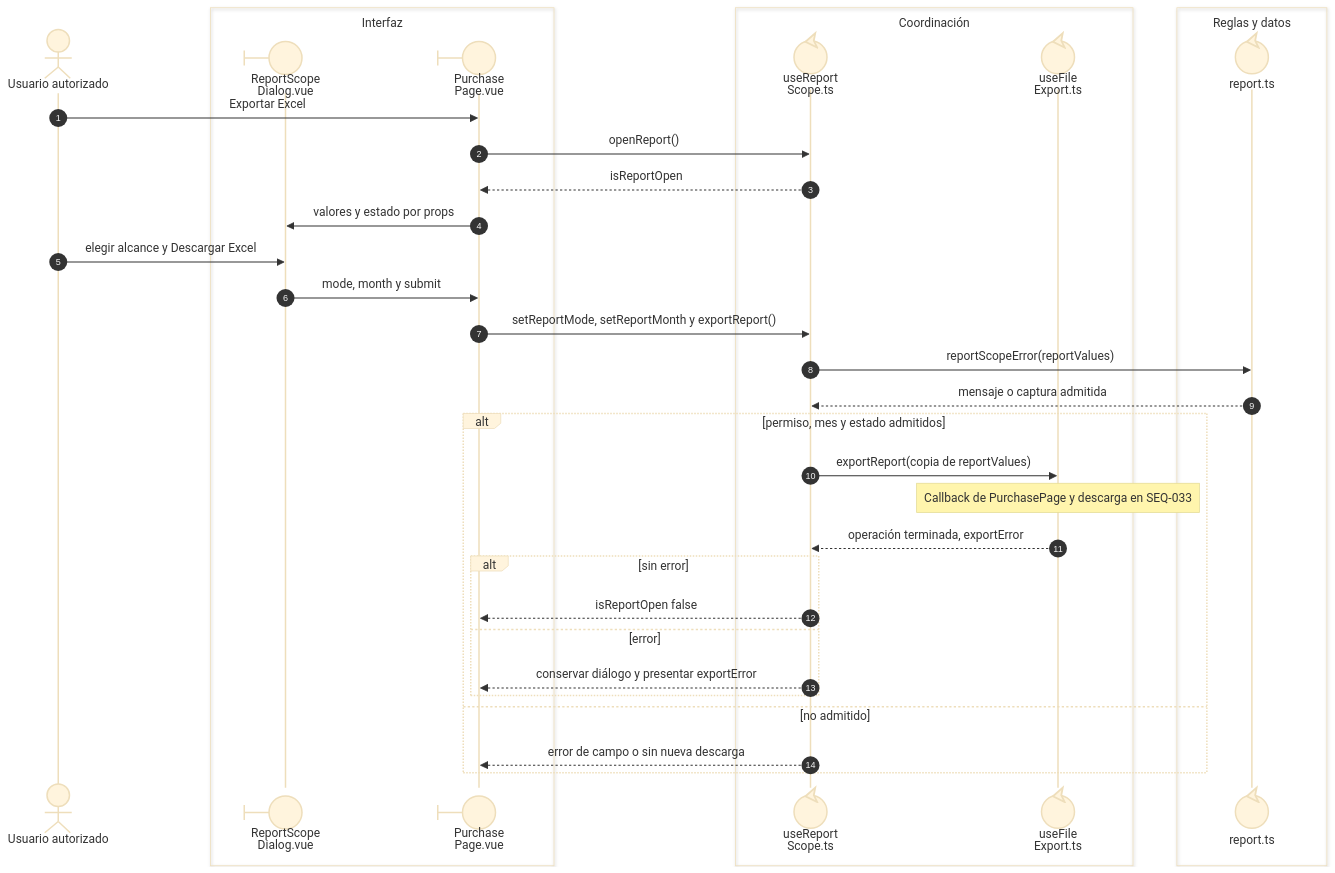
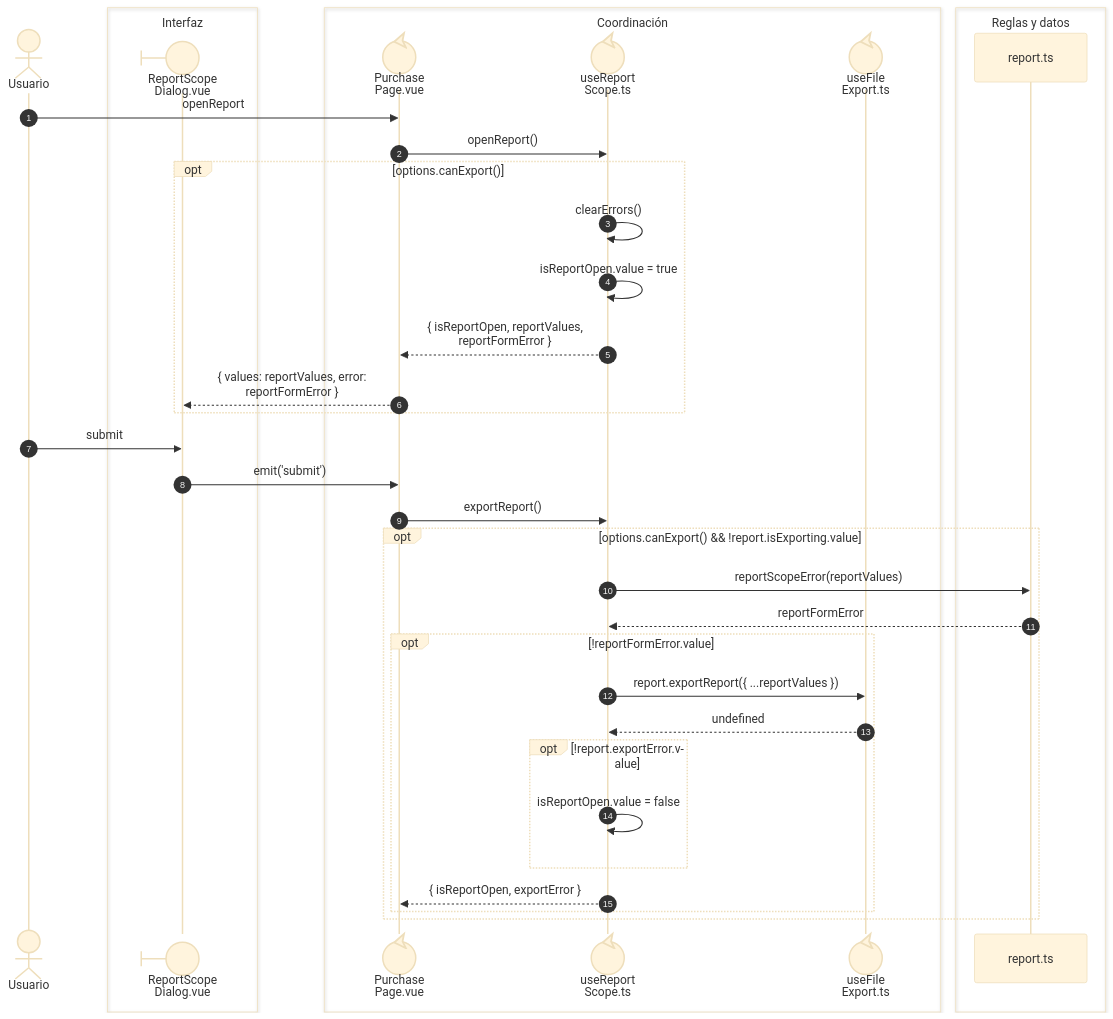
One commit to gpgsistemas01/nexus changed the first of 3 diagrams in front/docs/architecture/views/processes/08-movements-and-reports/02-reports.md. Above: the diagram before and after it, drawn with Mermaid (base theme). The commit also changed other lines of this file and 43 other files, not shown here.

````diff
--- a/front/docs/architecture/views/processes/08-movements-and-reports/02-reports.md
+++ b/front/docs/architecture/views/processes/08-movements-and-reports/02-reports.md
@@ -14,37 +9,39 @@
 ```mermaid
 sequenceDiagram
     autonumber
-    actor U as Usuario autorizado
+    actor U as Usuario
     box Interfaz
     participant Dialog@{ "type": "boundary" } as ReportScope<br/>Dialog.vue
-    participant Page@{ "type": "boundary" } as Purchase<br/>Page.vue
     end
     box Coordinación
+    participant Page@{ "type": "control" } as Purchase<br/>Page.vue
     participant Scope@{ "type": "control" } as useReport<br/>Scope.ts
     participant Export@{ "type": "control" } as useFile<br/>Export.ts
     end
     box Reglas y datos
-    participant Rules@{ "type": "control" } as report.ts
+    participant Rules as report.ts
     end
-    U->>Page: Exportar Excel
-    Page->>Scope: openReport()
-    Scope-->>Page: isReportOpen
-    Page->>Dialog: valores y estado por props
-    U->>Dialog: elegir alcance y Descargar Excel
-    Dialog->>Page: mode, month y submit
-    Page->>Scope: setReportMode, setReportMonth y exportReport()
-    Scope->>Rules: reportScopeError(reportValues)
-    Rules-->>Scope: mensaje o captura admitida
-    alt permiso, mes y estado admitidos
-        Scope->>Export: exportReport(copia de reportValues)
-        Note over Export: Callback de PurchasePage y descarga en SEQ-033
-        Export-->>Scope: operación terminada, exportError
-        alt sin error
-            Scope-->>Page: isReportOpen false
-        else error
-            Scope-->>Page: conservar diálogo y presentar exportError
+    U->>Page: nowrap: openReport
+    Page->>Scope: nowrap: openReport()
+    opt nowrap: options.canExport()
+        Scope->>Scope: nowrap: clearErrors()
+        Scope->>Scope: nowrap: isReportOpen.value = true
+        Scope-->>Page: nowrap: { isReportOpen, reportValues,<br/>reportFormError }
+        Page-->>Dialog: nowrap: { values: reportValues, error:<br/>reportFormError }
+    end
+    U->>Dialog: nowrap: submit
+    Dialog->>Page: nowrap: emit('submit')
+    Page->>Scope: nowrap: exportReport()
+    opt nowrap: options.canExport() && !report.isExporting.value
+        Scope->>Rules: nowrap: reportScopeError(reportValues)
+        Rules-->>Scope: nowrap: reportFormError
+        opt nowrap: !reportFormError.value
+            Scope->>Export: nowrap: report.exportReport({ ...reportValues })
+            Export-->>Scope: nowrap: undefined
+            opt nowrap: !report.exportError.value
+                Scope->>Scope: nowrap: isReportOpen.value = false
+            end
+            Scope-->>Page: nowrap: { isReportOpen, exportError }
         end
-    else no admitido
-        Scope-->>Page: error de campo o sin nueva descarga
     end
 ```
````
